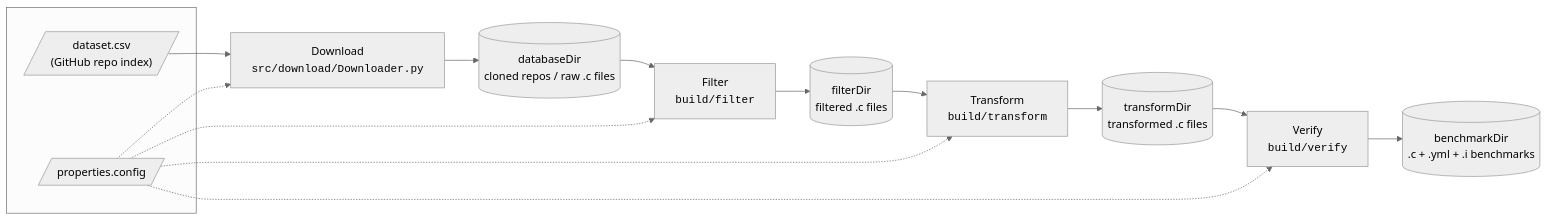
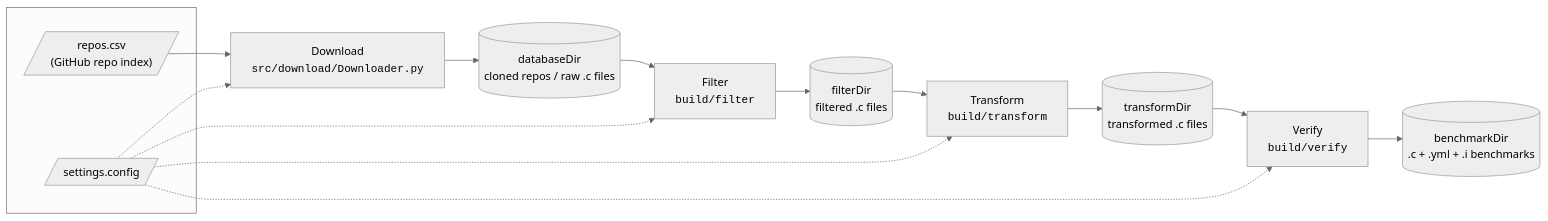
One commit to unl-pal/argv-c-transformer changed the first of 2 diagrams in docs/Design.md. Above: the diagram before and after it, drawn with Mermaid (neutral theme). The commit also changed other lines of this file and 18 other files, not shown here.

````diff
--- a/docs/Design.md
+++ b/docs/Design.md
@@ -17,31 +17,31 @@
 ```mermaid
 flowchart LR
     subgraph inputs[" "]
-        CSV[/"dataset.csv<br/>(GitHub repo index)"/]
-        CFG[/"properties.config"/]
+        CSV[/"repos.csv<br/>(GitHub repo index)"/]
+        CFG[/"settings.config"/]
     end
 
     DL["Download<br/><code>src/download/Downloader.py</code>"]
     FI["Filter<br/><code>build/filter</code>"]
     TR["Transform<br/><code>build/transform</code>"]
     VF["Verify<br/><code>build/verify</code>"]
 
     DB[("databaseDir<br/>cloned repos / raw .c files")]
     FD[("filterDir<br/>filtered .c files")]
     TD[("transformDir<br/>transformed .c files")]
     BM[("benchmarkDir<br/>.c + .yml + .i benchmarks")]
 
     CSV --> DL
     DL --> DB
     DB --> FI
     FI --> FD
     FD --> TR
     TR --> TD
     TD --> VF
     VF --> BM
 
     CFG -.-> DL
     CFG -.-> FI
     CFG -.-> TR
     CFG -.-> VF
 ```
````
